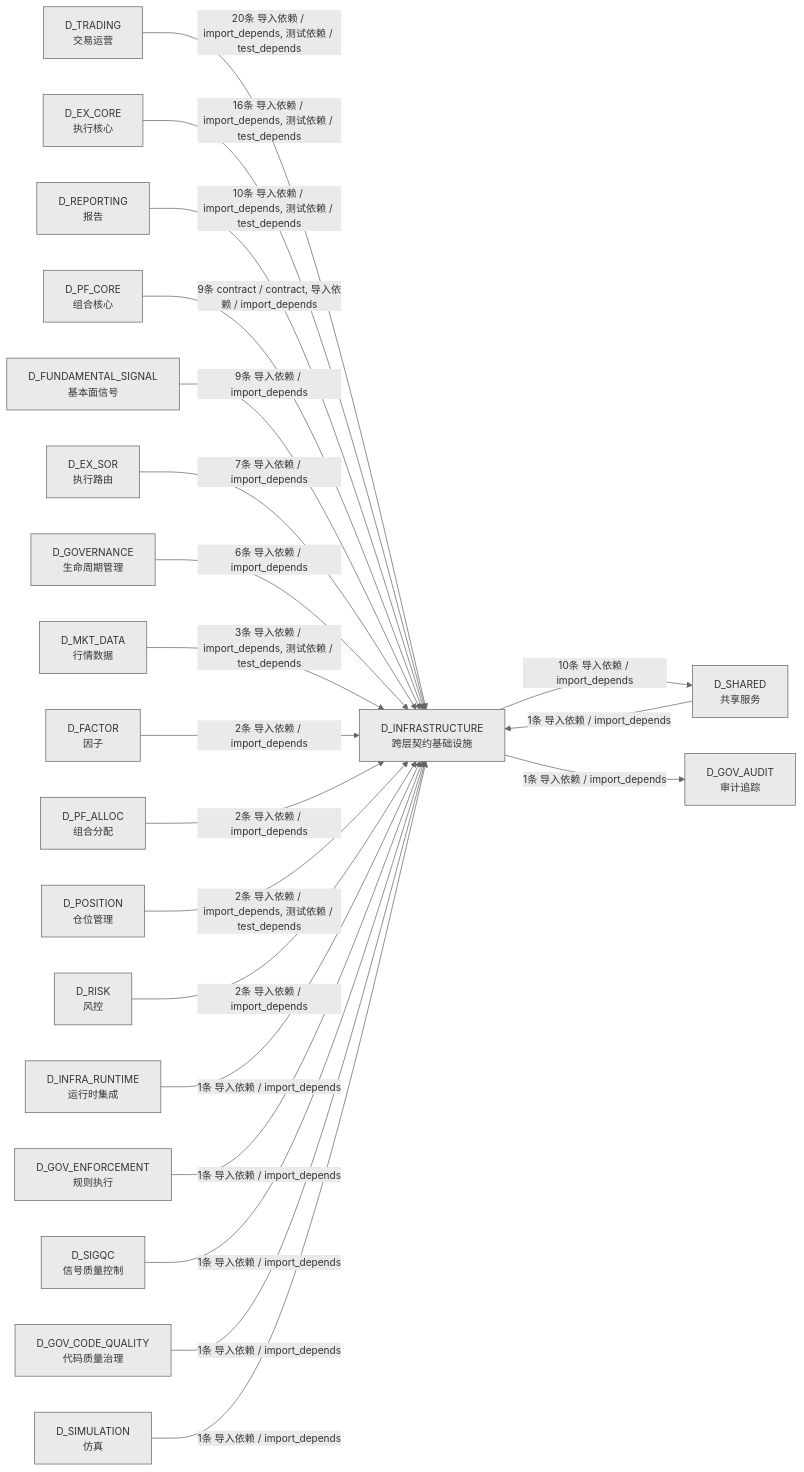
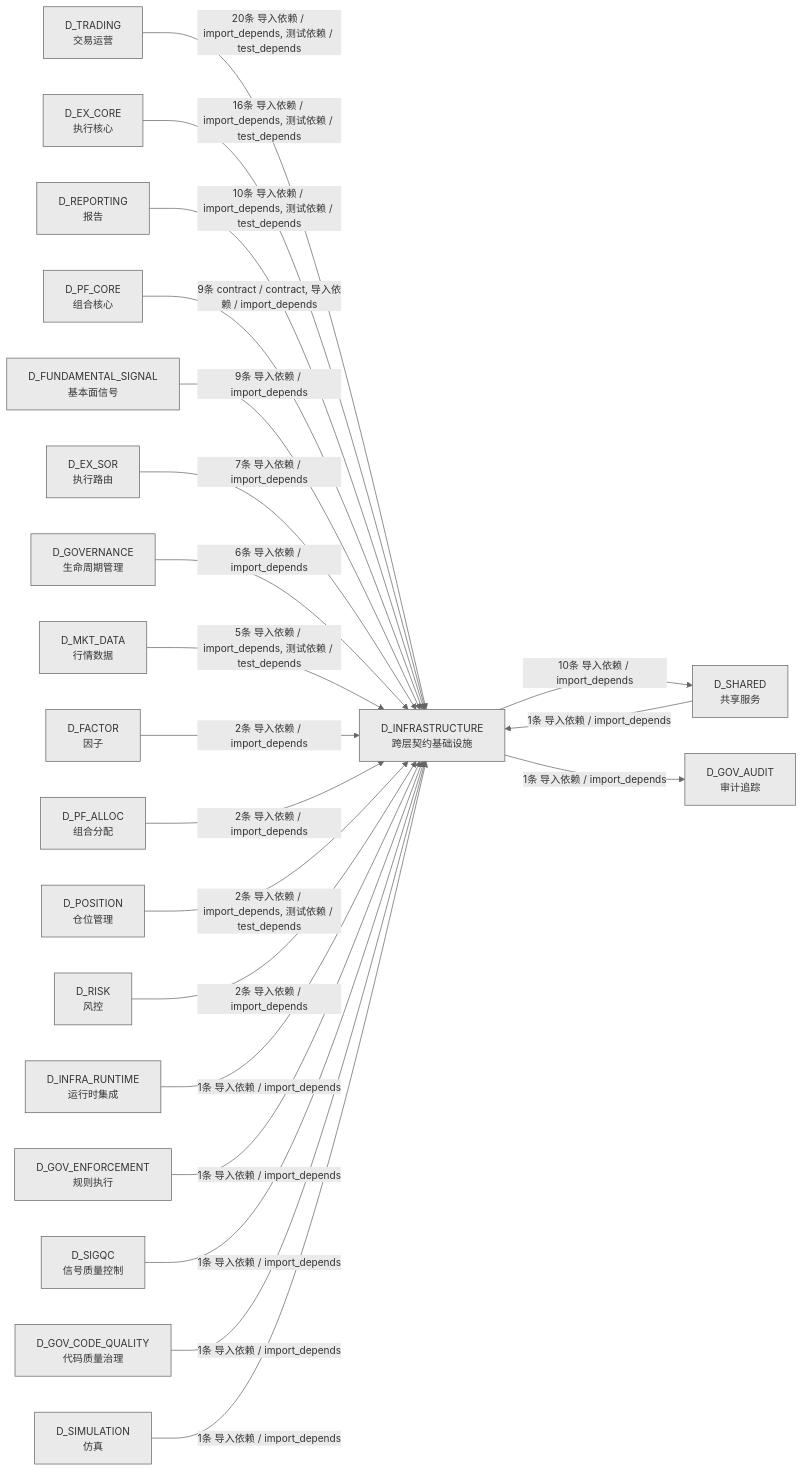
One commit to xuanFelixVan/ZephyrAlpha changed the third of 3 diagrams in docs/02_enterprise_architecture/02_domain_architecture_docs/02_d_infrastructure.md. Above: the diagram before and after it, drawn with Mermaid. The commit also changed other lines of this file and 49 other files, not shown here.

````diff
--- a/docs/02_enterprise_architecture/02_domain_architecture_docs/02_d_infrastructure.md
+++ b/docs/02_enterprise_architecture/02_domain_architecture_docs/02_d_infrastructure.md
@@ -341,44 +343,44 @@
 ```mermaid
 %%{init: {'theme': 'base', 'themeVariables': {'primaryColor': '#eaeaea', 'primaryTextColor': '#333333', 'primaryBorderColor': '#666666', 'lineColor': '#666666', 'secondaryColor': '#eaeaea', 'tertiaryColor': '#eaeaea', 'fontSize': '14px'}}}%%
 graph LR
     D_INFRASTRUCTURE["D_INFRASTRUCTURE<br/>跨层契约基础设施"]
     D_SHARED["D_SHARED<br/>共享服务"]
     D_GOV_AUDIT["D_GOV_AUDIT<br/>审计追踪"]
     D_TRADING["D_TRADING<br/>交易运营"]
     D_EX_CORE["D_EX_CORE<br/>执行核心"]
     D_REPORTING["D_REPORTING<br/>报告"]
     D_PF_CORE["D_PF_CORE<br/>组合核心"]
     D_FUNDAMENTAL_SIGNAL["D_FUNDAMENTAL_SIGNAL<br/>基本面信号"]
     D_EX_SOR["D_EX_SOR<br/>执行路由"]
     D_GOVERNANCE["D_GOVERNANCE<br/>生命周期管理"]
     D_MKT_DATA["D_MKT_DATA<br/>行情数据"]
     D_FACTOR["D_FACTOR<br/>因子"]
     D_PF_ALLOC["D_PF_ALLOC<br/>组合分配"]
     D_POSITION["D_POSITION<br/>仓位管理"]
     D_RISK["D_RISK<br/>风控"]
     D_INFRA_RUNTIME["D_INFRA_RUNTIME<br/>运行时集成"]
     D_GOV_ENFORCEMENT["D_GOV_ENFORCEMENT<br/>规则执行"]
     D_SIGQC["D_SIGQC<br/>信号质量控制"]
     D_GOV_CODE_QUALITY["D_GOV_CODE_QUALITY<br/>代码质量治理"]
     D_SIMULATION["D_SIMULATION<br/>仿真"]
     D_INFRASTRUCTURE -->|10条 导入依赖 / import_depends| D_SHARED
     D_INFRASTRUCTURE -->|1条 导入依赖 / import_depends| D_GOV_AUDIT
     D_TRADING -->|20条 导入依赖 / import_depends, 测试依赖 / test_depends| D_INFRASTRUCTURE
     D_EX_CORE -->|16条 导入依赖 / import_depends, 测试依赖 / test_depends| D_INFRASTRUCTURE
     D_REPORTING -->|10条 导入依赖 / import_depends, 测试依赖 / test_depends| D_INFRASTRUCTURE
     D_PF_CORE -->|9条 contract / contract, 导入依赖 / import_depends| D_INFRASTRUCTURE
     D_FUNDAMENTAL_SIGNAL -->|9条 导入依赖 / import_depends| D_INFRASTRUCTURE
     D_EX_SOR -->|7条 导入依赖 / import_depends| D_INFRASTRUCTURE
     D_GOVERNANCE -->|6条 导入依赖 / import_depends| D_INFRASTRUCTURE
-    D_MKT_DATA -->|3条 导入依赖 / import_depends, 测试依赖 / test_depends| D_INFRASTRUCTURE
+    D_MKT_DATA -->|5条 导入依赖 / import_depends, 测试依赖 / test_depends| D_INFRASTRUCTURE
     D_FACTOR -->|2条 导入依赖 / import_depends| D_INFRASTRUCTURE
     D_PF_ALLOC -->|2条 导入依赖 / import_depends| D_INFRASTRUCTURE
     D_POSITION -->|2条 导入依赖 / import_depends, 测试依赖 / test_depends| D_INFRASTRUCTURE
     D_RISK -->|2条 导入依赖 / import_depends| D_INFRASTRUCTURE
     D_INFRA_RUNTIME -->|1条 导入依赖 / import_depends| D_INFRASTRUCTURE
     D_GOV_ENFORCEMENT -->|1条 导入依赖 / import_depends| D_INFRASTRUCTURE
     D_SHARED -->|1条 导入依赖 / import_depends| D_INFRASTRUCTURE
     D_SIGQC -->|1条 导入依赖 / import_depends| D_INFRASTRUCTURE
     D_GOV_CODE_QUALITY -->|1条 导入依赖 / import_depends| D_INFRASTRUCTURE
     D_SIMULATION -->|1条 导入依赖 / import_depends| D_INFRASTRUCTURE
 ```
````
